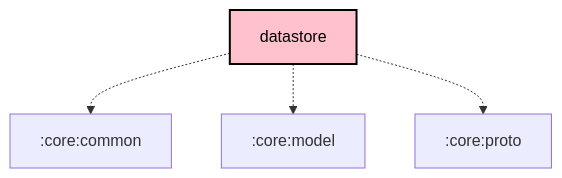
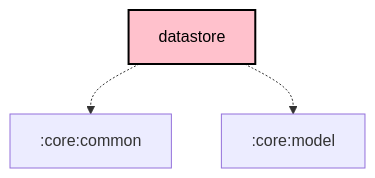
Before and after one commit to meshtastic/Meshtastic-Android: the diagram in core/datastore/README.md, drawn with Mermaid. The commit also changed 17 other files, not shown here.

First line of the commit message:
chore: Scheduled updates (Firmware, Hardware, Translations, Graphs)

````diff
--- a/core/datastore/README.md
+++ b/core/datastore/README.md
@@ -23,21 +23,20 @@
 ```mermaid
 graph TB
   :core:datastore[datastore]:::kmp-library
   :core:datastore -.-> :core:common
   :core:datastore -.-> :core:model
-  :core:datastore -.-> :core:proto
 
 classDef android-application fill:#CAFFBF,stroke:#000,stroke-width:2px,color:#000;
 classDef android-application-compose fill:#CAFFBF,stroke:#000,stroke-width:2px,color:#000;
 classDef compose-desktop-application fill:#CAFFBF,stroke:#000,stroke-width:2px,color:#000;
 classDef android-feature fill:#FFD6A5,stroke:#000,stroke-width:2px,color:#000;
 classDef android-library fill:#9BF6FF,stroke:#000,stroke-width:2px,color:#000;
 classDef android-library-compose fill:#9BF6FF,stroke:#000,stroke-width:2px,color:#000;
 classDef android-test fill:#A0C4FF,stroke:#000,stroke-width:2px,color:#000;
 classDef jvm-library fill:#BDB2FF,stroke:#000,stroke-width:2px,color:#000;
 classDef kmp-feature fill:#FFD6A5,stroke:#000,stroke-width:2px,color:#000;
 classDef kmp-library-compose fill:#FFC1CC,stroke:#000,stroke-width:2px,color:#000;
 classDef kmp-library fill:#FFC1CC,stroke:#000,stroke-width:2px,color:#000;
 classDef unknown fill:#FFADAD,stroke:#000,stroke-width:2px,color:#000;
 
 ```
````
